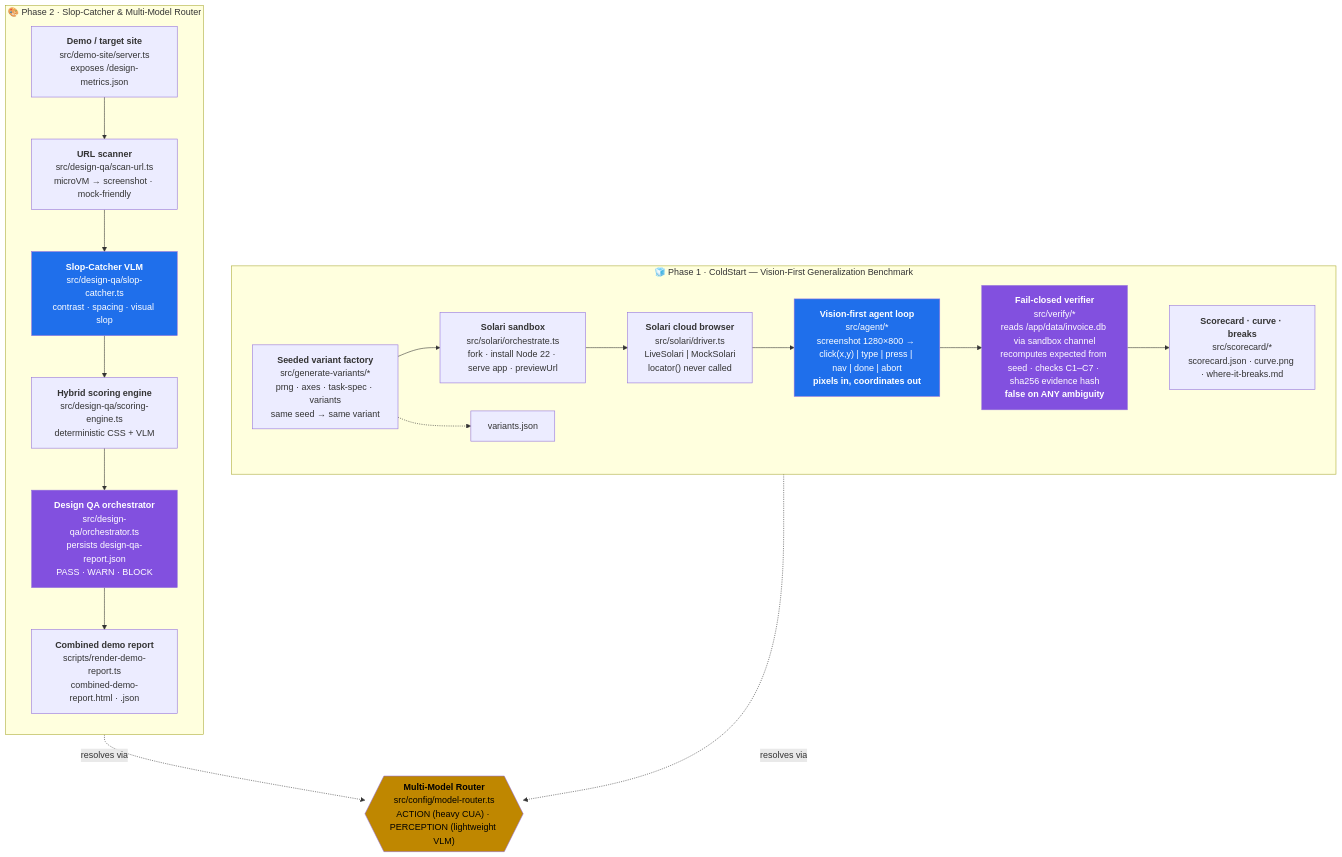
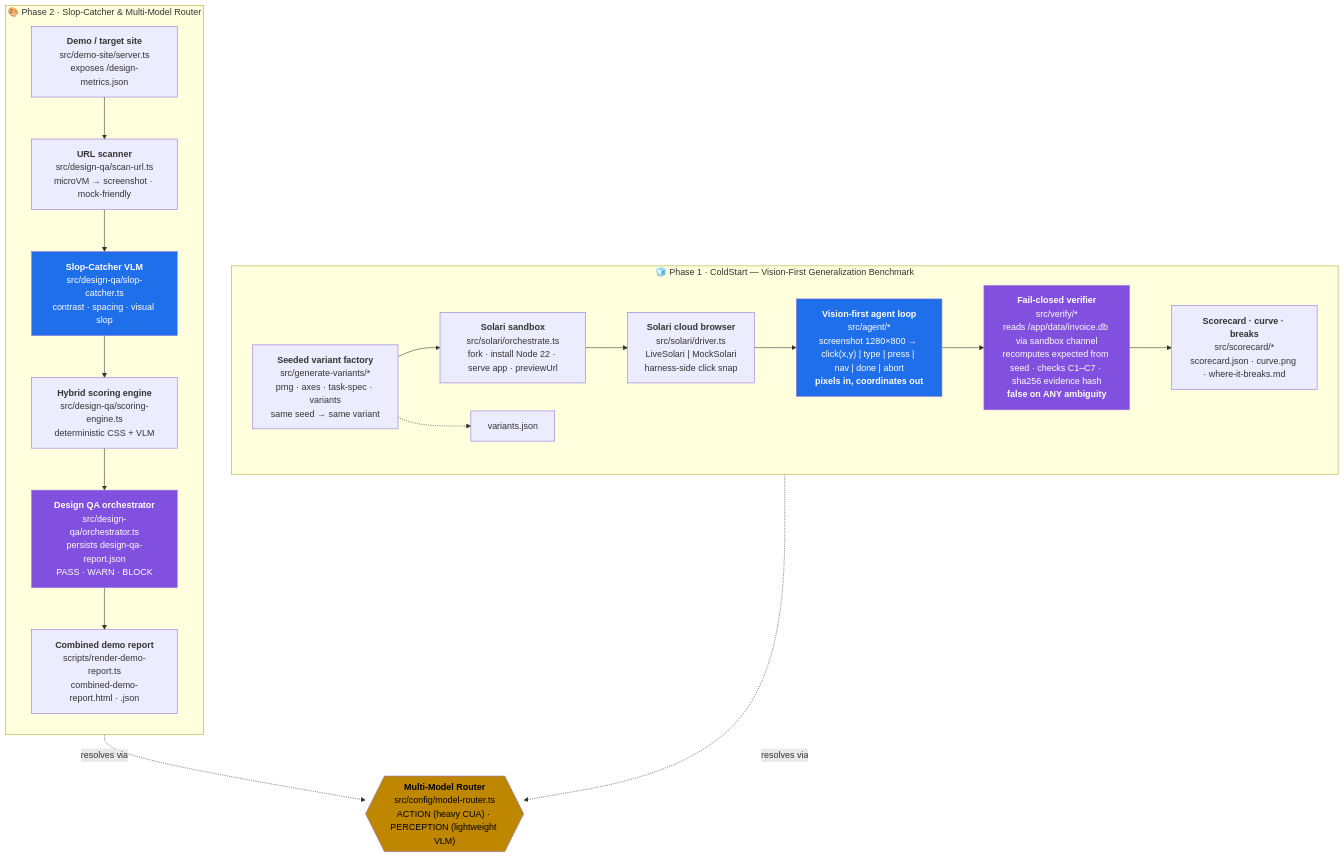
One commit to itw-code/solari-cookbook changed the diagram in README.md. Above: the diagram before and after it, drawn with Mermaid. The commit also changed other lines of this file and 19 other files, not shown here.

````diff
--- a/README.md
+++ b/README.md
@@ -314,37 +318,37 @@
 ```mermaid
 flowchart TB
     subgraph Phase1["🧊 Phase 1 · ColdStart — Vision-First Generalization Benchmark"]
         direction LR
         A["<b>Seeded variant factory</b><br/>src/generate-variants/*<br/>prng · axes · task-spec · variants<br/>same seed → same variant"]
         B["<b>Solari sandbox</b><br/>src/solari/orchestrate.ts<br/>fork · install Node 22 · serve app · previewUrl"]
-        C["<b>Solari cloud browser</b><br/>src/solari/driver.ts<br/>LiveSolari | MockSolari<br/>locator() never called"]
+        C["<b>Solari cloud browser</b><br/>src/solari/driver.ts<br/>LiveSolari | MockSolari<br/>harness-side click snap"]
         D["<b>Vision-first agent loop</b><br/>src/agent/*<br/>screenshot 1280×800 → click(x,y) | type | press | nav | done | abort<br/><b>pixels in, coordinates out</b>"]
         E["<b>Fail-closed verifier</b><br/>src/verify/*<br/>reads /app/data/invoice.db via sandbox channel<br/>recomputes expected from seed · checks C1–C7 · sha256 evidence hash<br/><b>false on ANY ambiguity</b>"]
         F["<b>Scorecard · curve · breaks</b><br/>src/scorecard/*<br/>scorecard.json · curve.png · where-it-breaks.md"]
         V["variants.json"]
         A --> B --> C --> D --> E --> F
         A -.-> V
     end
 
     subgraph Phase2["🎨 Phase 2 · Slop-Catcher & Multi-Model Router"]
         direction TB
         S0["<b>Demo / target site</b><br/>src/demo-site/server.ts<br/>exposes /design-metrics.json"]
         S1["<b>URL scanner</b><br/>src/design-qa/scan-url.ts<br/>microVM → screenshot · mock-friendly"]
         S2["<b>Slop-Catcher VLM</b><br/>src/design-qa/slop-catcher.ts<br/>contrast · spacing · visual slop"]
         S3["<b>Hybrid scoring engine</b><br/>src/design-qa/scoring-engine.ts<br/>deterministic CSS + VLM"]
         S4["<b>Design QA orchestrator</b><br/>src/design-qa/orchestrator.ts<br/>persists design-qa-report.json<br/>PASS · WARN · BLOCK"]
         S5["<b>Combined demo report</b><br/>scripts/render-demo-report.ts<br/>combined-demo-report.html · .json"]
         S0 --> S1 --> S2 --> S3 --> S4 --> S5
     end
 
     R{{"<b>Multi-Model Router</b><br/>src/config/model-router.ts<br/>ACTION (heavy CUA) · PERCEPTION (lightweight VLM)"}}
 
     D -.->|"resolves via"| R
     S2 -.->|"resolves via"| R
 
     style D fill:#1f6feb,color:#ffffff
     style E fill:#8250df,color:#ffffff
     style S2 fill:#1f6feb,color:#ffffff
     style S4 fill:#8250df,color:#ffffff
     style R fill:#bf8700,color:#000000
 ```
````
